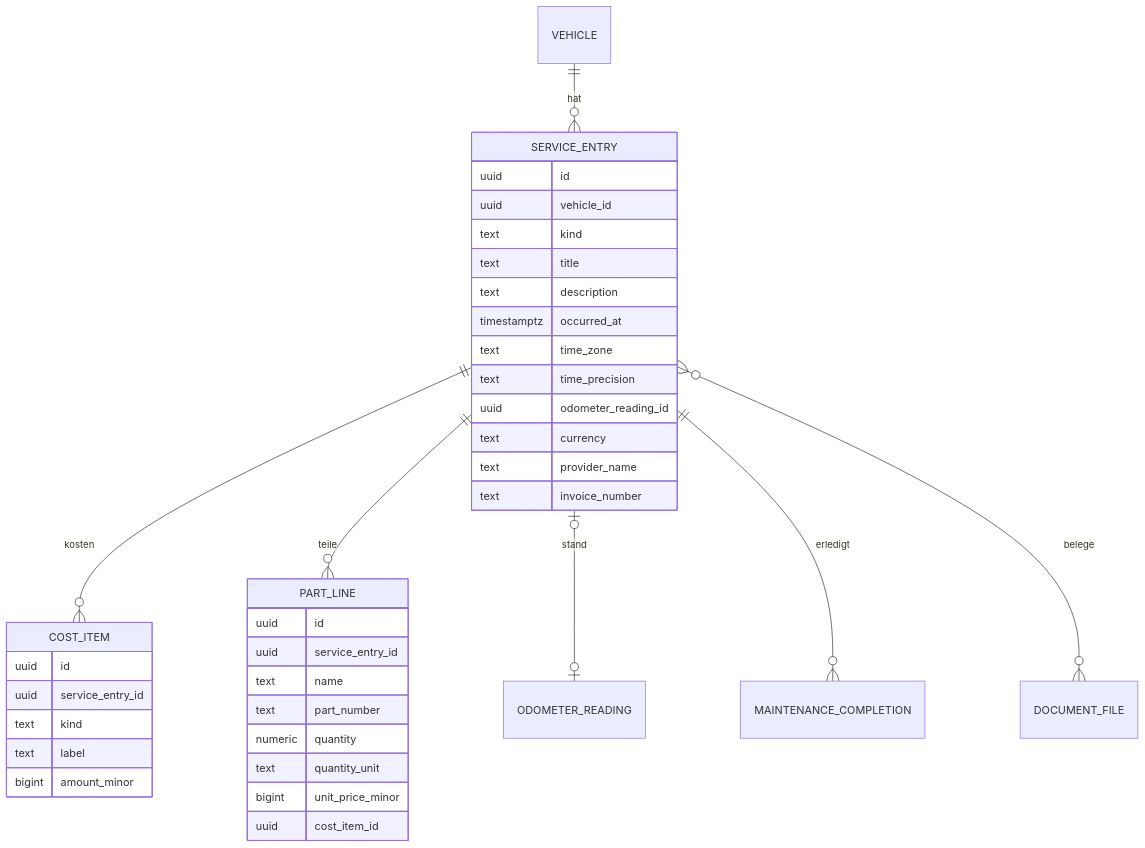
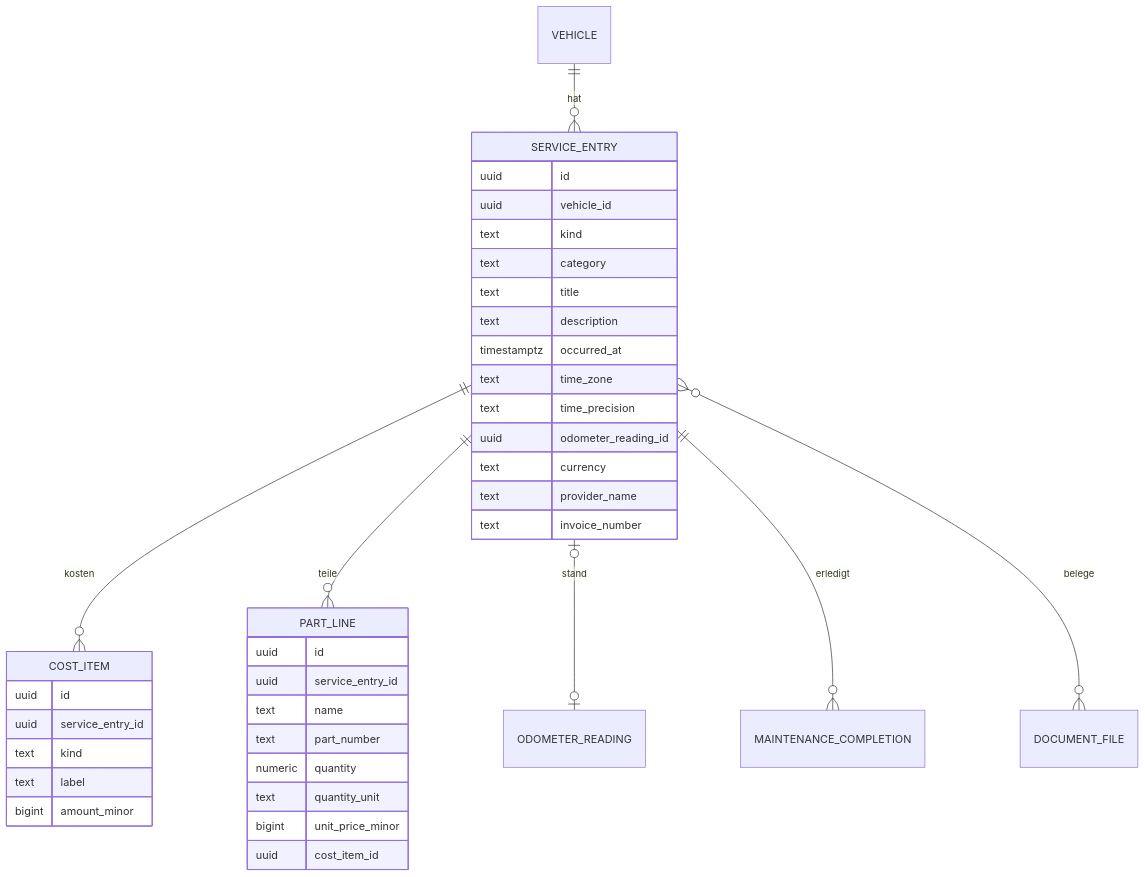
One commit to Sh1su/vector changed the diagram in docs/phase-2/10-domaene-servicehistory.md. Above: the diagram before and after it, drawn with Mermaid. The commit also changed other lines of this file and 13 other files, not shown here.

````diff
--- a/docs/phase-2/10-domaene-servicehistory.md
+++ b/docs/phase-2/10-domaene-servicehistory.md
@@ -16,41 +16,42 @@
 ```mermaid
 erDiagram
   VEHICLE ||--o{ SERVICE_ENTRY : hat
   SERVICE_ENTRY ||--o{ COST_ITEM : kosten
   SERVICE_ENTRY ||--o{ PART_LINE : teile
   SERVICE_ENTRY |o--o| ODOMETER_READING : stand
   SERVICE_ENTRY ||--o{ MAINTENANCE_COMPLETION : erledigt
   SERVICE_ENTRY }o--o{ DOCUMENT_FILE : belege
 
   SERVICE_ENTRY {
     uuid id
     uuid vehicle_id
     text kind
+    text category
     text title
     text description
     timestamptz occurred_at
     text time_zone
     text time_precision
     uuid odometer_reading_id
     text currency
     text provider_name
     text invoice_number
   }
   COST_ITEM {
     uuid id
     uuid service_entry_id
     text kind
     text label
     bigint amount_minor
   }
   PART_LINE {
     uuid id
     uuid service_entry_id
     text name
     text part_number
     numeric quantity
     text quantity_unit
     bigint unit_price_minor
     uuid cost_item_id
   }
 ```
````
